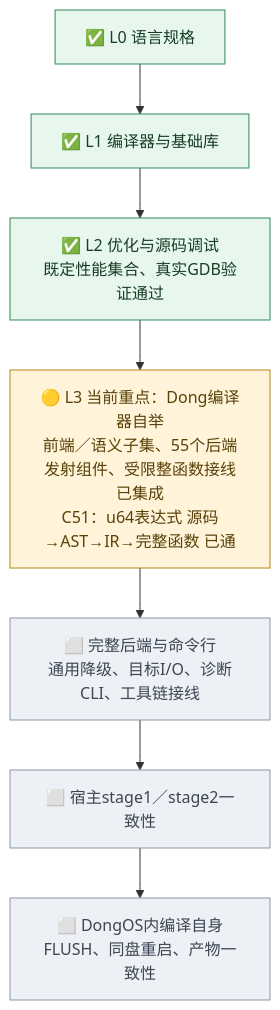
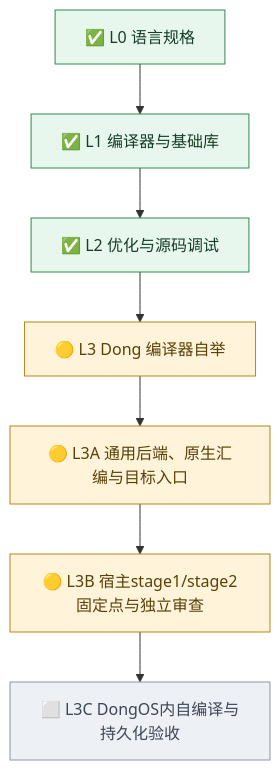
Before and after one commit to EDarcyWong/dongos: the second of 3 diagrams in coordination/dongos_works/progress-map.md, drawn with Mermaid. The commit also changed other lines of this file and 86 other files, not shown here.

````diff
--- a/coordination/dongos_works/progress-map.md
+++ b/coordination/dongos_works/progress-map.md
@@ -49,15 +222,22 @@
 ```mermaid
 flowchart TD
-    L0["✅ L0 语言规格"] --> L1["✅ L1 编译器与基础库"]
-    L1 --> L2["✅ L2 优化与源码调试<br/>既定性能集合、真实GDB验证通过"]
-    L2 --> L3["🟡 L3 当前重点：Dong编译器自举<br/>前端／语义子集、55个后端发射组件、受限整函数接线已集成<br/>C51：u64表达式 源码→AST→IR→完整函数 已通"]
-    L3 --> L3A["⬜ 完整后端与命令行<br/>通用降级、目标I/O、诊断CLI、工具链接线"]
-    L3A --> L3B["⬜ 宿主stage1／stage2一致性"]
-    L3B --> L3C["⬜ DongOS内编译自身<br/>FLUSH、同盘重启、产物一致性"]
+    L0["✅ L0 语言规格"]
+    L1["✅ L1 编译器与基础库"]
+    L0 --> L1
+    L2["✅ L2 优化与源码调试"]
+    L1 --> L2
+    L3["🟡 L3 Dong 编译器自举"]
+    L2 --> L3
+    L3A["🟡 L3A 通用后端、原生汇编与目标入口"]
+    L3 --> L3A
+    L3B["🟡 L3B 宿主stage1/stage2固定点与独立审查"]
+    L3A --> L3B
+    L3C["⬜ L3C DongOS内自编译与持久化验收"]
+    L3B --> L3C
     classDef complete fill:#e7f7ed,stroke:#2f8a53,color:#183d26;
     classDef partial fill:#fff4d9,stroke:#b58516,color:#594108;
     classDef pending fill:#edf0f5,stroke:#8b96a8,color:#3d4654;
     class L0,L1,L2 complete;
-    class L3 partial;
-    class L3A,L3B,L3C pending;
+    class L3,L3A,L3B partial;
+    class L3C pending;
 ```
````
